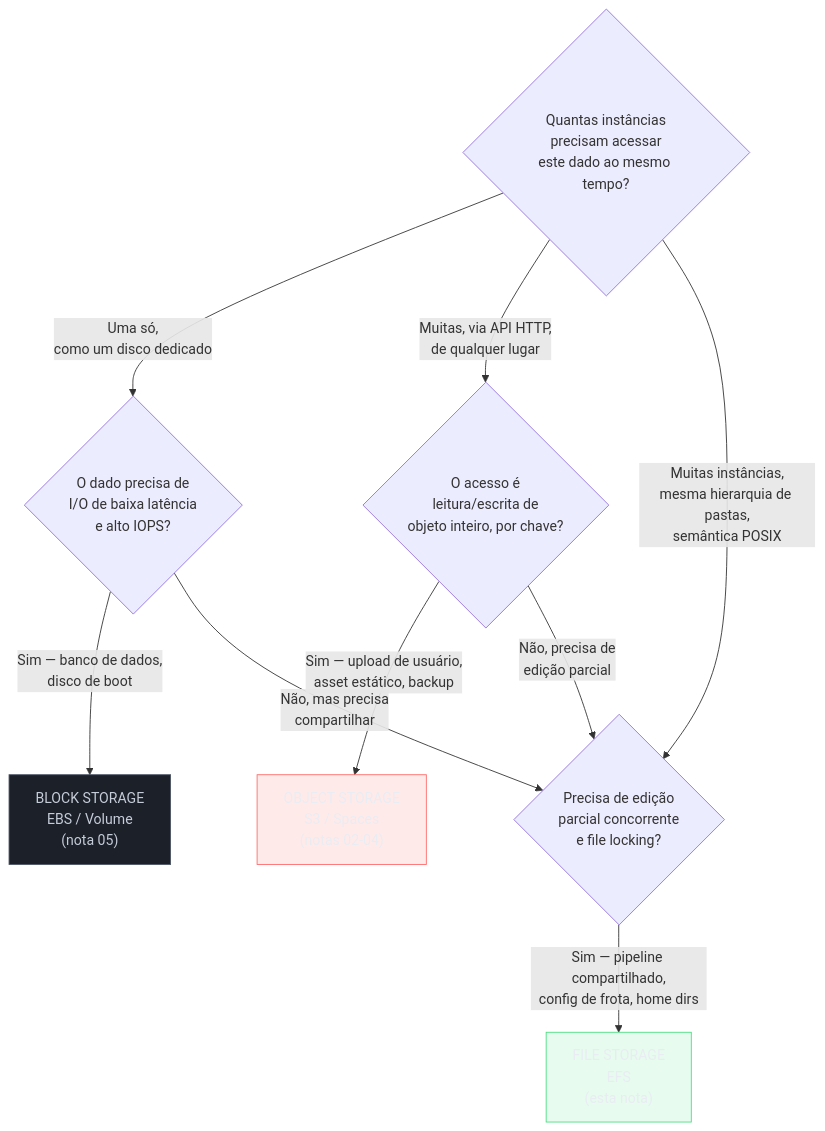
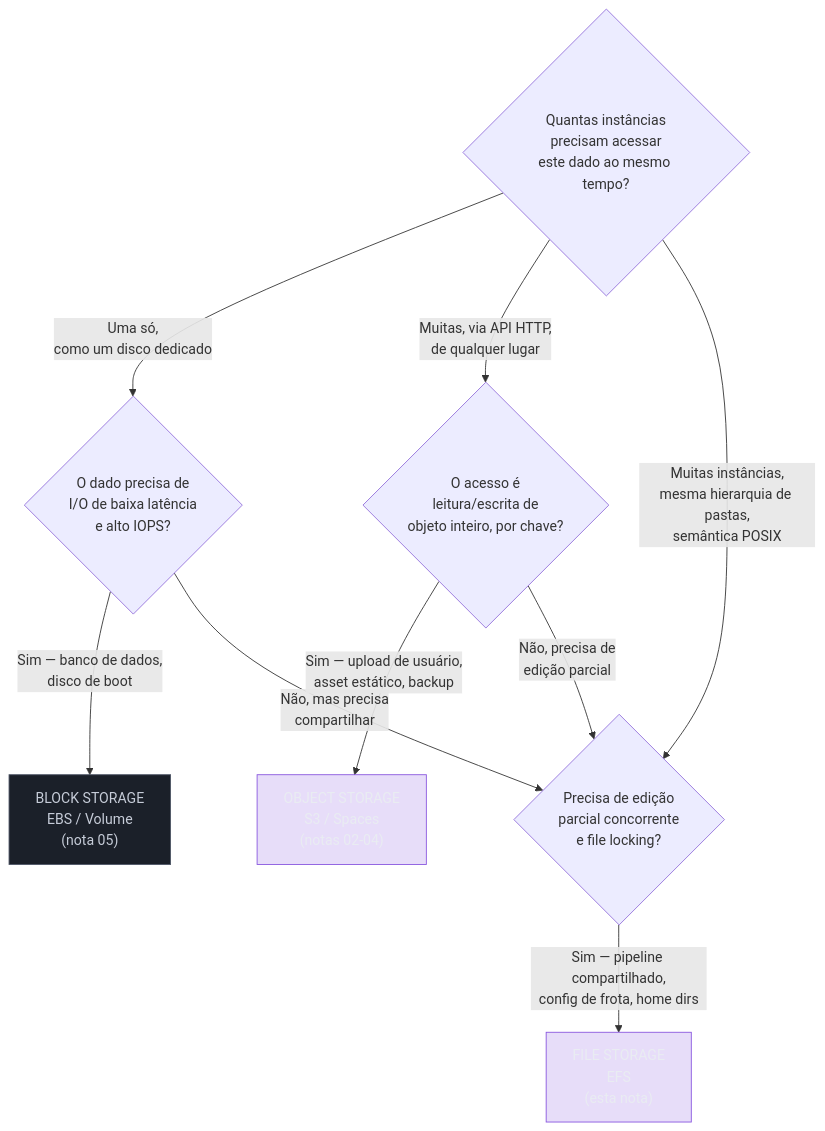
Before and after one commit to josenaldo/codex-technomanticus: the second of 3 diagrams in 03-Dominios/Tecnologia/Cloud/08 - Armazenamento (object, block e file)/06 - File storage e a escolha do armazenamento.md, drawn with Mermaid. The commit also changed other lines of this file and 601 other files, not shown here.

````diff
--- a/03-Dominios/Tecnologia/Cloud/08 - Armazenamento (object, block e file)/06 - File storage e a escolha do armazenamento.md
+++ b/03-Dominios/Tecnologia/Cloud/08 - Armazenamento (object, block e file)/06 - File storage e a escolha do armazenamento.md
@@ -272,23 +272,22 @@
 ```mermaid
 flowchart TD
+    classDef marca fill:#8855DF33,stroke:#8855DF,color:#E9ECF2
     classDef neutro fill:#1B2029,stroke:#4E5666,color:#C6CCD8
-    classDef falha fill:#FF6B6B24,stroke:#FF6B6B,color:#E9ECF2
-    classDef ok fill:#4ADE8021,stroke:#4ADE80,color:#E9ECF2
     Q1{"Quantas instâncias<br/>precisam acessar<br/>este dado ao mesmo tempo?"}
 
     Q1 -->|"Uma só,<br/>como um disco dedicado"| Q2{"O dado precisa de<br/>I/O de baixa latência<br/>e alto IOPS?"}
     Q2 -->|"Sim — banco de dados,<br/>disco de boot"| Block["BLOCK STORAGE<br/>EBS / Volume<br/>(nota 05)"]
 
     Q1 -->|"Muitas, via API HTTP,<br/>de qualquer lugar"| Q3{"O acesso é<br/>leitura/escrita de<br/>objeto inteiro, por chave?"}
     Q3 -->|"Sim — upload de usuário,<br/>asset estático, backup"| Object["OBJECT STORAGE<br/>S3 / Spaces<br/>(notas 02-04)"]
 
     Q1 -->|"Muitas instâncias,<br/>mesma hierarquia de pastas,<br/>semântica POSIX"| Q4{"Precisa de edição<br/>parcial concorrente<br/>e file locking?"}
     Q4 -->|"Sim — pipeline compartilhado,<br/>config de frota, home dirs"| File["FILE STORAGE<br/>EFS<br/>(esta nota)"]
 
     Q2 -->|"Não, mas precisa<br/>compartilhar"| Q4
     Q3 -->|"Não, precisa de<br/>edição parcial"| Q4
 
     class Block neutro
-    class Object falha
-    class File ok
+    class Object marca
+    class File marca
 ```
````
